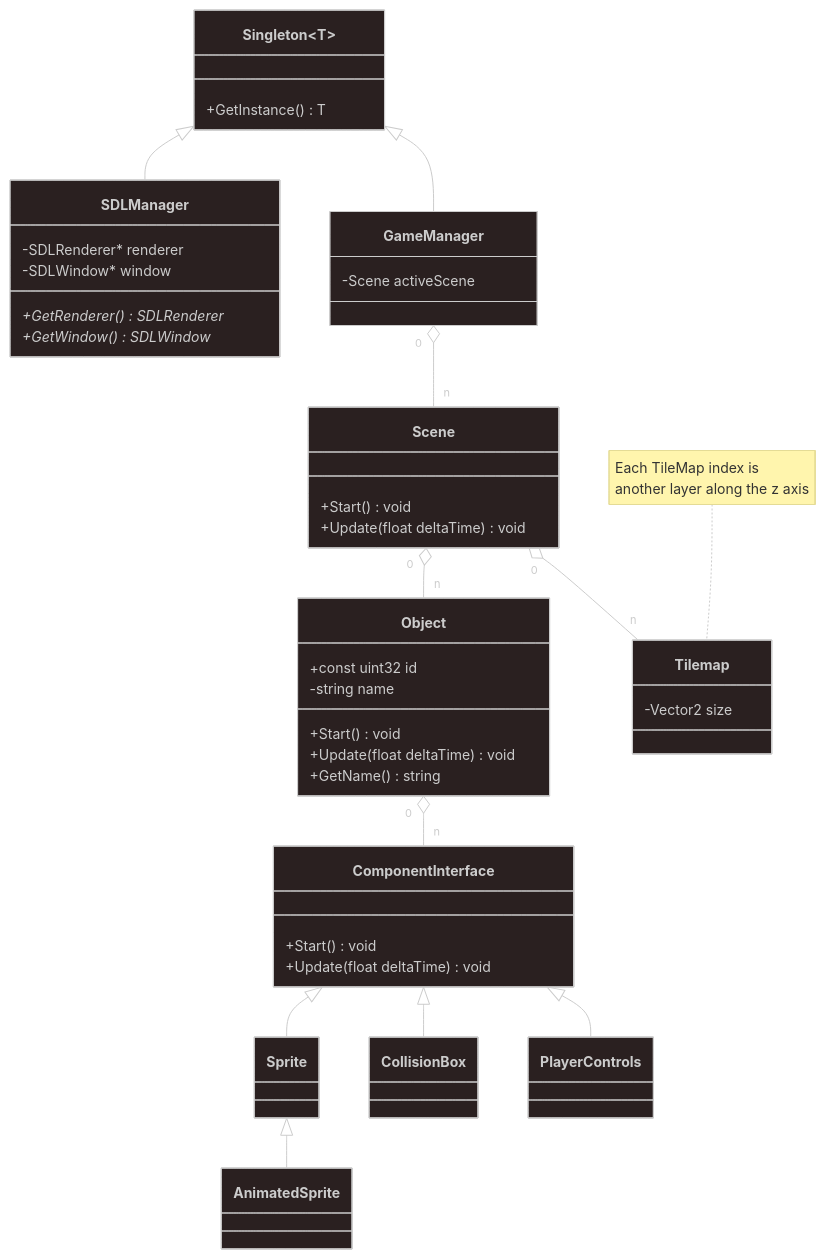
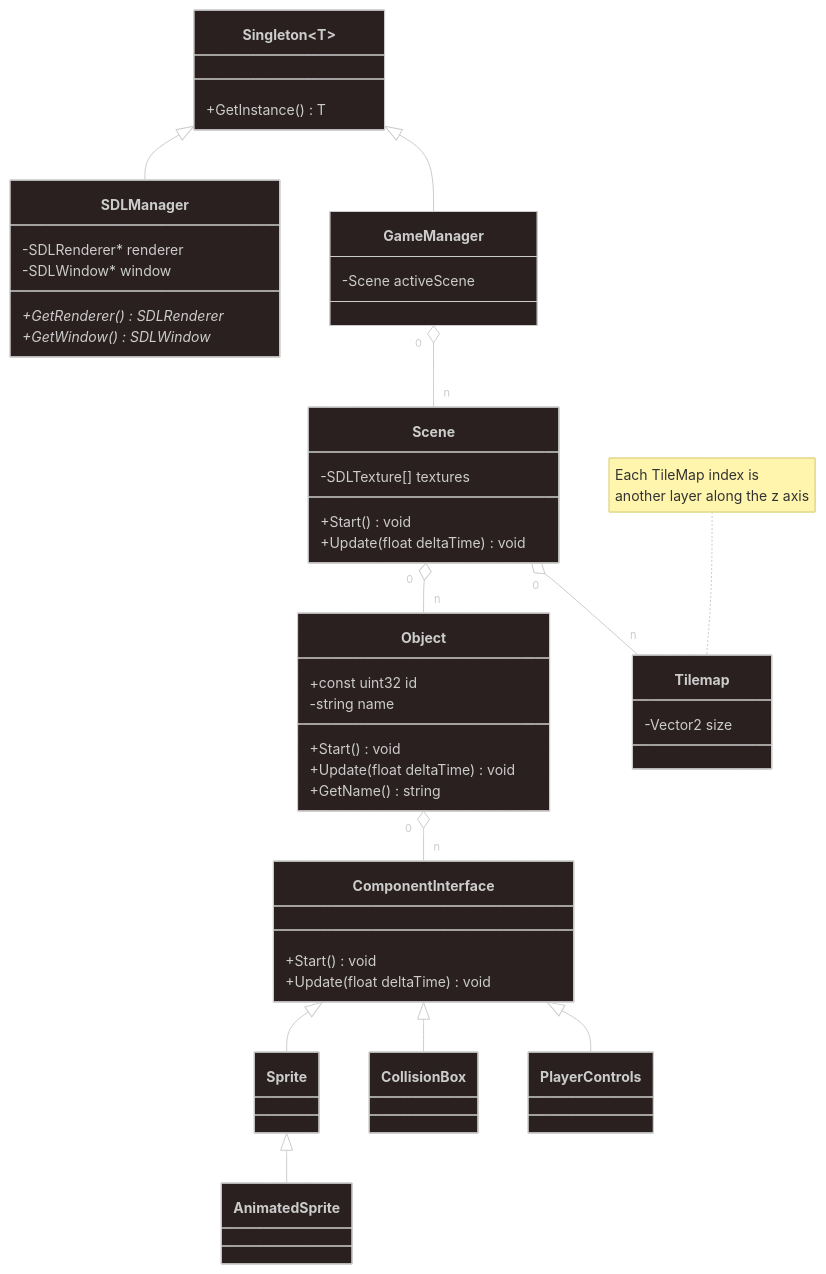
Before and after one commit to Askbackwards2/Jerod2DGameEngine: the diagram in diagrams/Jerod2DEngine.mmd, drawn with Mermaid.

Commit message:
Updated Diagram

```diff
--- a/diagrams/Jerod2DEngine.mmd
+++ b/diagrams/Jerod2DEngine.mmd
@@ -1,58 +1,59 @@
 ---
 config:
   theme: neo-dark
   layout: dagre
 ---
 classDiagram
 direction TB
     class ComponentInterface {
 	    +Start() void
 	    +Update(float deltaTime) void
     }
     class Singleton~T~ {
 	    +GetInstance() T
     }
     class GameManager {
 	    -Scene activeScene
     }
     class Scene {
 	    +Start() void
 	    +Update(float deltaTime) void
+      -SDLTexture[] textures
     }
     class Object {
 	    +const uint32 id
 	    -string name
 	    +Start() void
 	    +Update(float deltaTime) void
 	    +GetName() string
     }
     class Sprite {
     }
     class AnimatedSprite {
     }
     class SDLManager {
 	    -SDLRenderer* renderer
 	    -SDLWindow* window
 	    +GetRenderer() SDLRenderer*
 	    +GetWindow() SDLWindow*
     }
     class CollisionBox {
     }
     class PlayerControls {
     }
     class Tilemap {
       -Vector2 size
     }
 
 	note for Tilemap "Each TileMap index is <br/>another layer along the z axis"
 
     Singleton <|-- SDLManager
     Singleton <|-- GameManager
     ComponentInterface <|-- Sprite
     ComponentInterface <|-- CollisionBox
     ComponentInterface <|-- PlayerControls
     Sprite <|-- AnimatedSprite
     Object "0" o-- "n" ComponentInterface
     Scene "0" o-- "n" Object
     GameManager "0" o-- "n" Scene
     Scene "0" o-- "n" Tilemap
```
